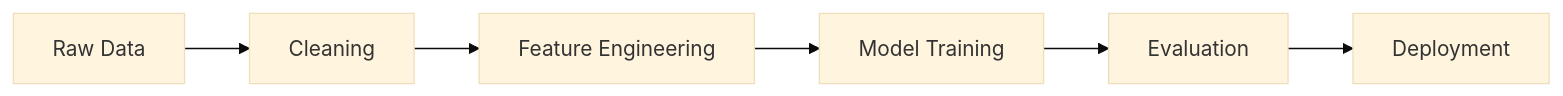
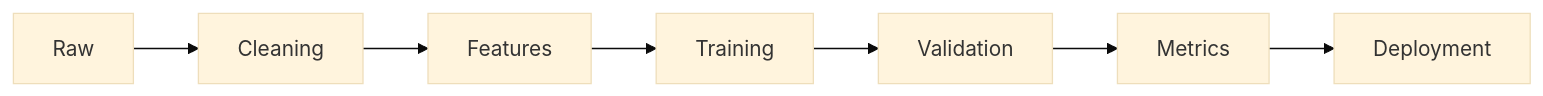
The second of 6 diagrams in Model_Metrcis_Report.md (sai-ganesh-4539/StatVault), drawn with Mermaid (base theme) before and after one commit. The commit also changed other lines of this file, not shown here.

````diff
--- a/Model_Metrcis_Report.md
+++ b/Model_Metrcis_Report.md
@@ -34,8 +41,4 @@
 ```mermaid
 flowchart LR
-A[Raw Data]-->B[Cleaning]
-B-->C[Feature Engineering]
-C-->D[Model Training]
-D-->E[Evaluation]
-E-->F[Deployment]
+Raw-->Cleaning-->Features-->Training-->Validation-->Metrics-->Deployment
 ```
````
